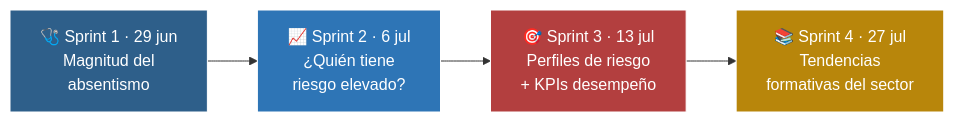
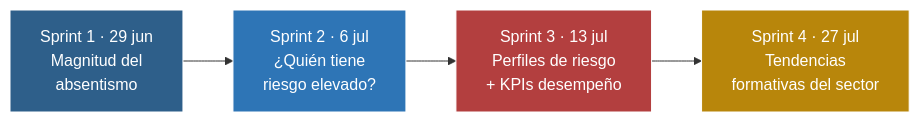
Before and after one commit to ITACADEMYprojectes/ProjecteData: the first of 3 diagrams in Equip_33/README.md, drawn with Mermaid. The commit also changed other lines of this file, not shown here.

````diff
--- a/Equip_33/README.md
+++ b/Equip_33/README.md
@@ -34,11 +34,11 @@
 ```mermaid
 flowchart LR
-    S1["🩺 Sprint 1 · 29 jun<br/>Magnitud del<br/>absentismo"] --> S2["📈 Sprint 2 · 6 jul<br/>¿Quién tiene<br/>riesgo elevado?"]
-    S2 --> S3["🎯 Sprint 3 · 13 jul<br/>Perfiles de riesgo<br/>+ KPIs desempeño"]
-    S3 --> S4["📚 Sprint 4 · 27 jul<br/>Tendencias<br/>formativas del sector"]
+    S1["Sprint 1 · 29 jun<br/>Magnitud del<br/>absentismo"] --> S2["Sprint 2 · 6 jul<br/>¿Quién tiene<br/>riesgo elevado?"]
+    S2 --> S3["Sprint 3 · 13 jul<br/>Perfiles de riesgo<br/>+ KPIs desempeño"]
+    S3 --> S4["Sprint 4 · 27 jul<br/>Tendencias<br/>formativas del sector"]
 
     style S1 fill:#2E5F8A,color:#fff,stroke:#fff
     style S2 fill:#2E75B6,color:#fff,stroke:#fff
     style S3 fill:#B33F3F,color:#fff,stroke:#fff
     style S4 fill:#B8860B,color:#fff,stroke:#fff
 ```
````
